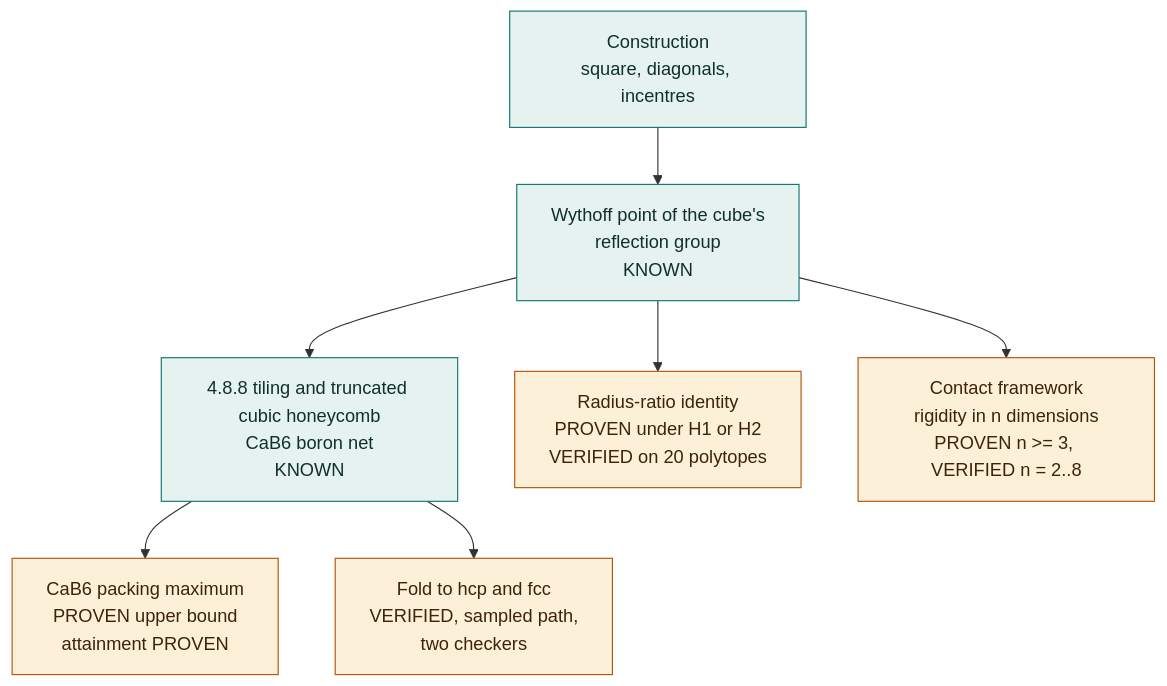
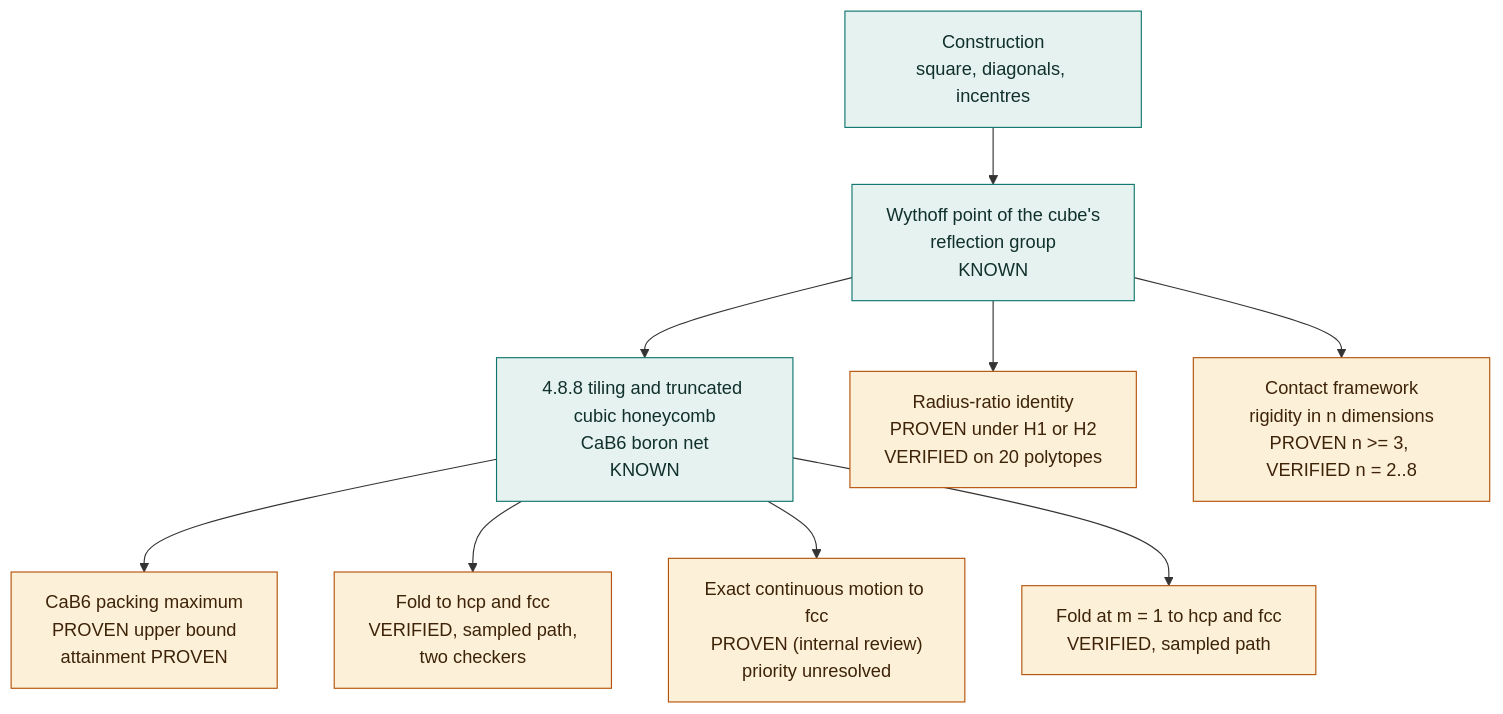
The diagram in README.md (Foundation-0/incentre-lattices), drawn with Mermaid before and after one commit. The commit also changed other lines of this file and 13 other files, not shown here.

````diff
--- a/README.md
+++ b/README.md
@@ -24,13 +24,15 @@
 ```mermaid
 flowchart TD
     A["Construction<br/>square, diagonals, incentres"] --> B["Wythoff point of the cube's<br/>reflection group<br/>KNOWN"]
     B --> C["4.8.8 tiling and truncated cubic honeycomb<br/>CaB6 boron net<br/>KNOWN"]
     B --> D["Radius-ratio identity<br/>PROVEN under H1 or H2<br/>VERIFIED on 20 polytopes"]
     B --> E["Contact framework<br/>rigidity in n dimensions<br/>PROVEN n >= 3, VERIFIED n = 2..8"]
     C --> G["CaB6 packing maximum<br/>PROVEN upper bound<br/>attainment PROVEN"]
     C --> F["Fold to hcp and fcc<br/>VERIFIED, sampled path,<br/>two checkers"]
+    C --> H["Exact continuous motion to fcc<br/>PROVEN (internal review)<br/>priority unresolved"]
+    C --> I["Fold at m = 1 to hcp and fcc<br/>VERIFIED, sampled path"]
     classDef known fill:#e6f2f0,stroke:#0f766e,color:#10302c
     classDef ours fill:#fdf0d9,stroke:#b45309,color:#3d2308
     class A,B,C known
-    class D,E,F,G ours
+    class D,E,F,G,H,I ours
 ```
````
